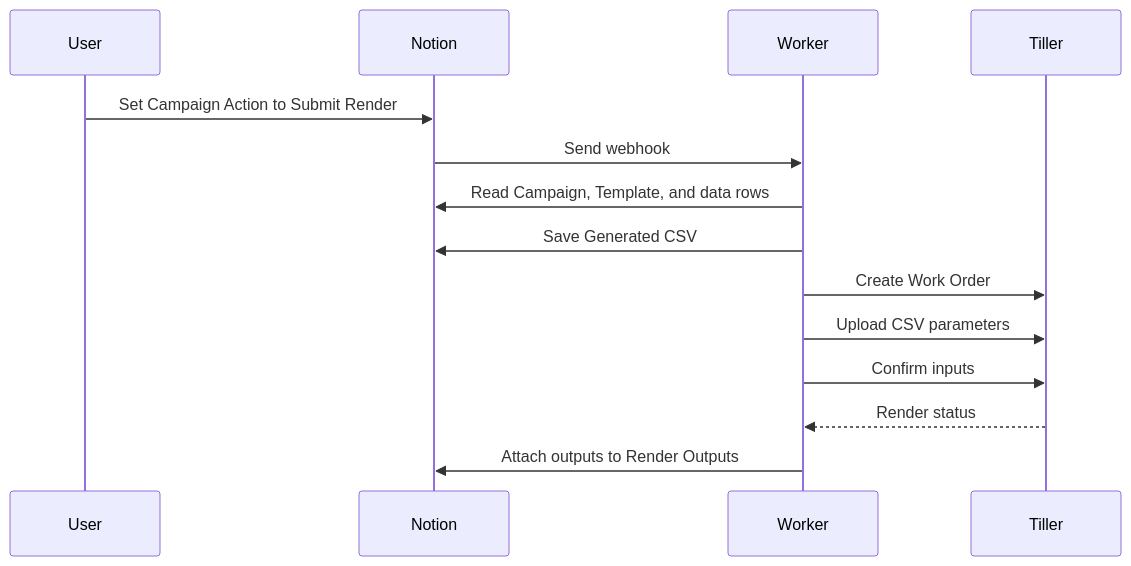
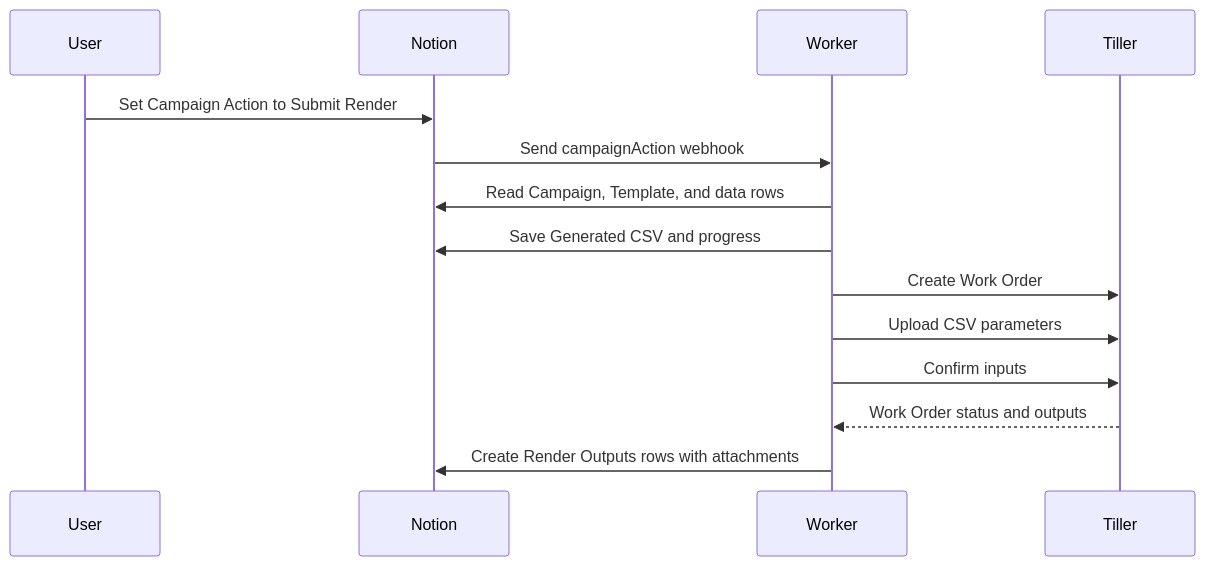
Before and after one commit to MotionWriter/notion-tiller-portal-public: the second of 2 diagrams in NOTION_TEMPLATE_GUIDE.md, drawn with Mermaid. The commit also changed other lines of this file and 2 other files, not shown here.

Commit message:
Strengthen Notion template guide

````diff
--- a/NOTION_TEMPLATE_GUIDE.md
+++ b/NOTION_TEMPLATE_GUIDE.md
@@ -201,17 +259,17 @@
 ```mermaid
 sequenceDiagram
   participant User
   participant Notion
   participant Worker
   participant Tiller
 
   User->>Notion: Set Campaign Action to Submit Render
-  Notion->>Worker: Send webhook
+  Notion->>Worker: Send campaignAction webhook
   Worker->>Notion: Read Campaign, Template, and data rows
-  Worker->>Notion: Save Generated CSV
+  Worker->>Notion: Save Generated CSV and progress
   Worker->>Tiller: Create Work Order
   Worker->>Tiller: Upload CSV parameters
   Worker->>Tiller: Confirm inputs
-  Tiller-->>Worker: Render status
-  Worker->>Notion: Attach outputs to Render Outputs
+  Tiller-->>Worker: Work Order status and outputs
+  Worker->>Notion: Create Render Outputs rows with attachments
 ```
````
